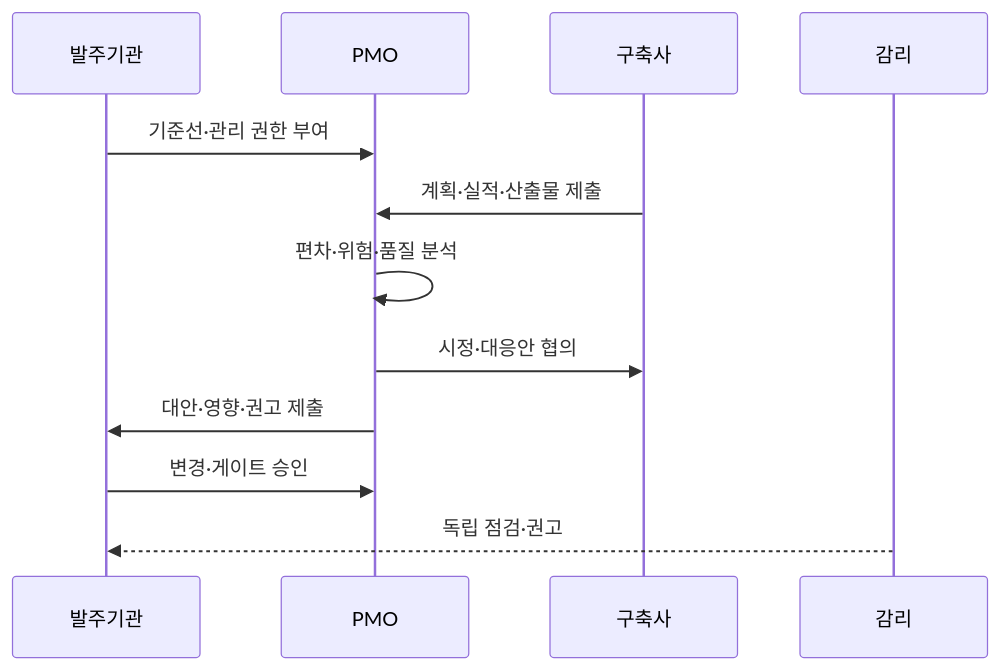
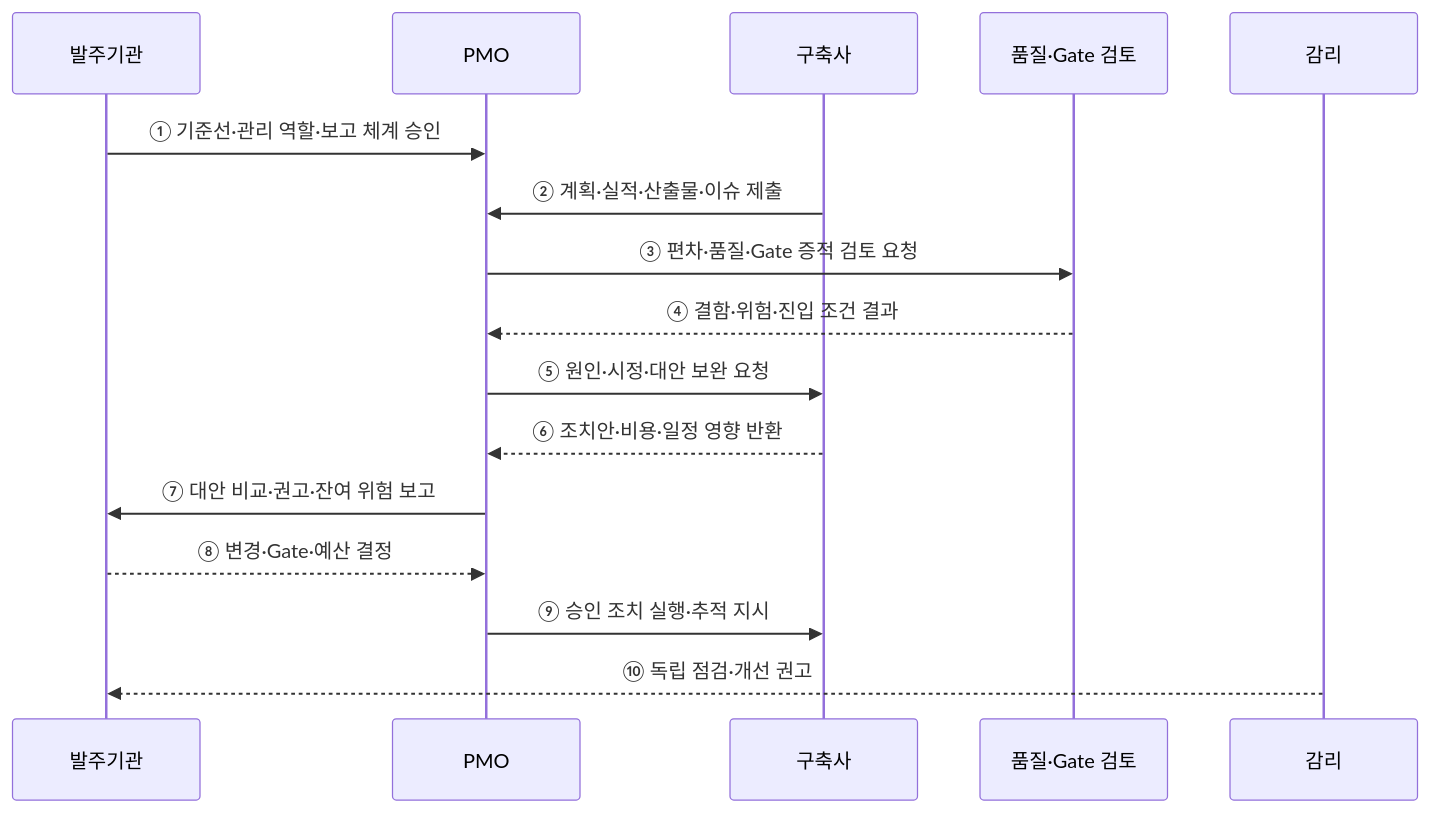
The second of 2 diagrams in src/content/docs/notes/03-software/191_pmo.md (agnusdei1207/knowledge-base), drawn with Mermaid before and after one commit. The commit also changed other lines of this file and 12 other files, not shown here.

````diff
--- a/src/content/docs/notes/03-software/191_pmo.md
+++ b/src/content/docs/notes/03-software/191_pmo.md
@@ -80,14 +72,18 @@
 ```mermaid
 sequenceDiagram
     participant O as 발주기관
     participant P as PMO
     participant V as 구축사
+    participant Q as 품질·Gate 검토
     participant A as 감리
-    O->>P: 기준선·관리 권한 부여
-    V->>P: 계획·실적·산출물 제출
-    P->>P: 편차·위험·품질 분석
-    P->>V: 시정·대응안 협의
-    P->>O: 대안·영향·권고 제출
-    O->>P: 변경·게이트 승인
-    A-->>O: 독립 점검·권고
+    O->>P: ① 기준선·관리 역할·보고 체계 승인
+    V->>P: ② 계획·실적·산출물·이슈 제출
+    P->>Q: ③ 편차·품질·Gate 증적 검토 요청
+    Q-->>P: ④ 결함·위험·진입 조건 결과
+    P->>V: ⑤ 원인·시정·대안 보완 요청
+    V-->>P: ⑥ 조치안·비용·일정 영향 반환
+    P->>O: ⑦ 대안 비교·권고·잔여 위험 보고
+    O-->>P: ⑧ 변경·Gate·예산 결정
+    P->>V: ⑨ 승인 조치 실행·추적 지시
+    A-->>O: ⑩ 독립 점검·개선 권고
 ```
````
